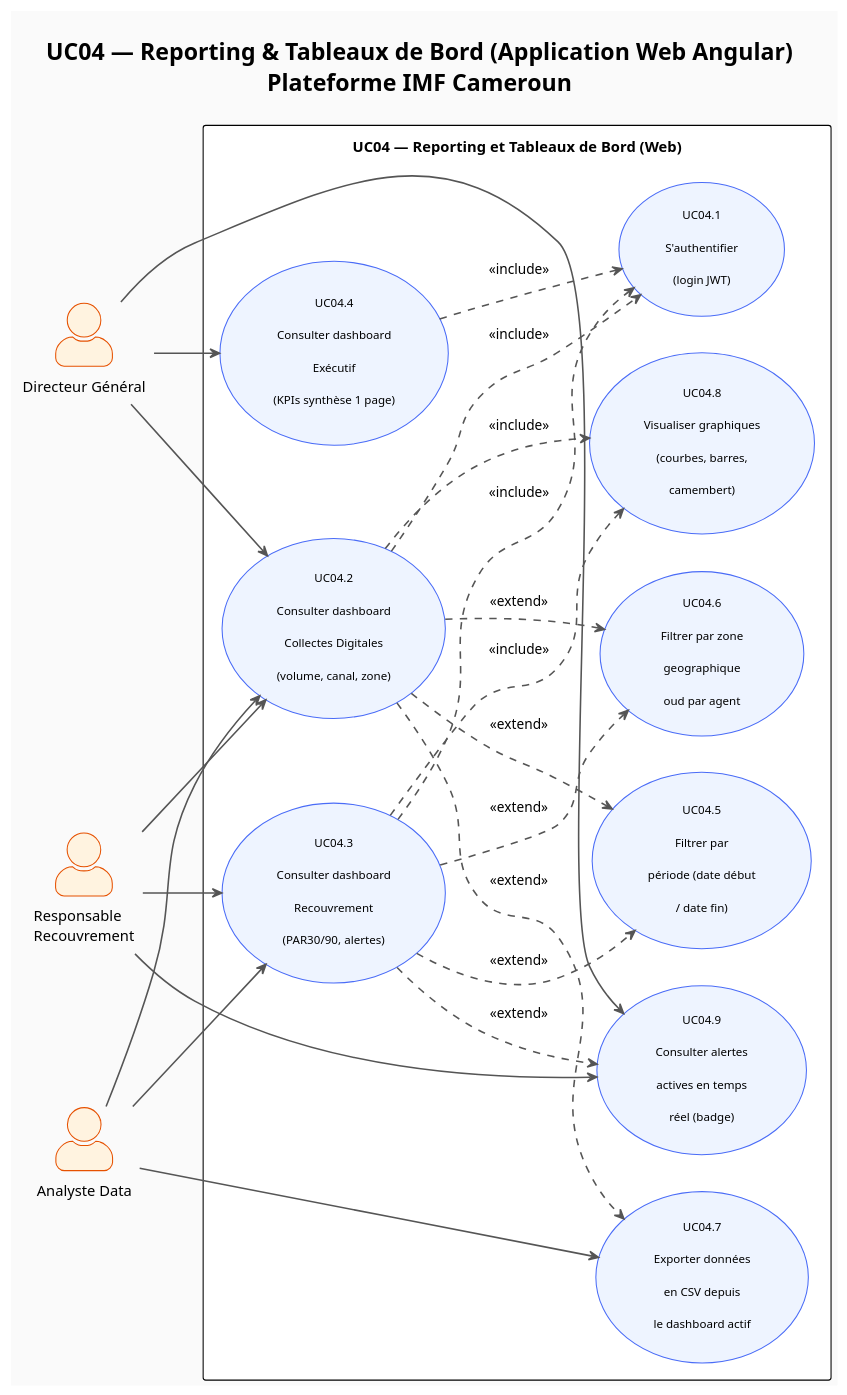
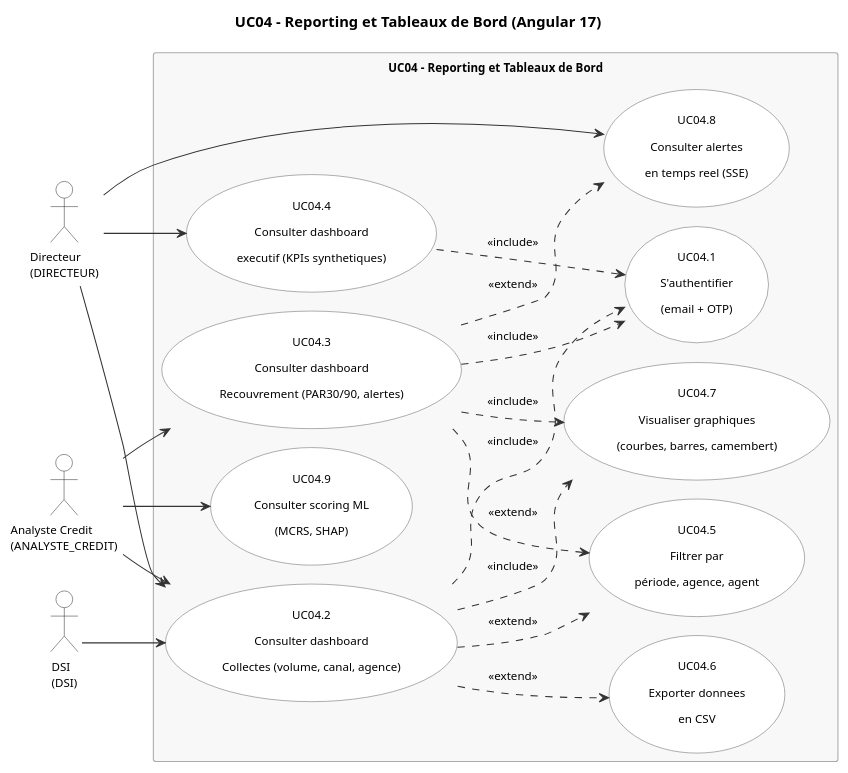
The diagram in docs/V0/diagrammes/01_use_cases/UC04_reporting_dashboards.puml (renekomtsindi237/Stage), drawn with PlantUML before and after one commit. The commit also changed 246 other files, not shown here.

```diff
--- a/docs/V0/diagrammes/01_use_cases/UC04_reporting_dashboards.puml
+++ b/docs/V0/diagrammes/01_use_cases/UC04_reporting_dashboards.puml
@@ -1,66 +1,64 @@
 @startuml UC04_reporting_dashboards
-!theme plain
-skinparam backgroundColor #FAFAFA
-skinparam actorStyle awesome
+!pragma layout smetana
+skinparam shadowing false
+skinparam defaultFontSize 11
+skinparam backgroundColor white
+skinparam ArrowColor #333333
+skinparam ArrowThickness 1
+skinparam Padding 5
+skinparam actorStyle none
 skinparam usecase {
-  BackgroundColor #EEF4FF
-  BorderColor #4A6CF7
-  FontSize 11
+  BackgroundColor white
+  BorderColor #666666
 }
 skinparam actor {
-  BackgroundColor #FFF3E0
-  BorderColor #E65100
+  BackgroundColor white
+  BorderColor #333333
 }
-skinparam ArrowColor #555555
-skinparam ArrowThickness 1.5
-skinparam Padding 8
+skinparam rectangle {
+  BackgroundColor #F8F8F8
+  BorderColor #AAAAAA
+}
 
-title UC04 — Reporting & Tableaux de Bord (Application Web Angular)\nPlateforme IMF Cameroun
+title UC04 - Reporting et Tableaux de Bord (Angular 17)
 
 left to right direction
 
-actor "Directeur Général" as DG
-actor "Responsable\nRecouvrement" as RR
-actor "Analyste Data" as AD
+actor "Directeur\n(DIRECTEUR)" as DIR
+actor "Analyste Credit\n(ANALYSTE_CREDIT)" as ANA
+actor "DSI\n(DSI)" as DSI
 
-rectangle "UC04 — Reporting et Tableaux de Bord (Web)" {
+rectangle "UC04 - Reporting et Tableaux de Bord" {
 
-  usecase "UC04.1\nS'authentifier\n(login JWT)" as UC0407
-  usecase "UC04.2\nConsulter dashboard\nCollectes Digitales\n(volume, canal, zone)" as UC0401
-  usecase "UC04.3\nConsulter dashboard\nRecouvrement\n(PAR30/90, alertes)" as UC0402
-  usecase "UC04.4\nConsulter dashboard\nExécutif\n(KPIs synthèse 1 page)" as UC0403
-  usecase "UC04.5\nFiltrer par\npériode (date début\n/ date fin)" as UC0404
-  usecase "UC04.6\nFiltrer par zone\ngeographique\noud par agent" as UC0405
-  usecase "UC04.7\nExporter données\nen CSV depuis\nle dashboard actif" as UC0406
-  usecase "UC04.8\nVisualiser graphiques\n(courbes, barres,\ncamembert)" as UC0408
-  usecase "UC04.9\nConsulter alertes\nactives en temps\nréel (badge)" as UC0409
+  usecase "UC04.1\nS'authentifier\n(email + OTP)" as UC0401
+  usecase "UC04.2\nConsulter dashboard\nCollectes (volume, canal, agence)" as UC0402
+  usecase "UC04.3\nConsulter dashboard\nRecouvrement (PAR30/90, alertes)" as UC0403
+  usecase "UC04.4\nConsulter dashboard\nexecutif (KPIs synthetiques)" as UC0404
+  usecase "UC04.5\nFiltrer par\npériode, agence, agent" as UC0405
+  usecase "UC04.6\nExporter donnees\nen CSV" as UC0406
+  usecase "UC04.7\nVisualiser graphiques\n(courbes, barres, camembert)" as UC0407
+  usecase "UC04.8\nConsulter alertes\nen temps reel (SSE)" as UC0408
+  usecase "UC04.9\nConsulter scoring ML\n(MCRS, SHAP)" as UC0409
 
 }
 
-' Relations acteurs humains
-DG --> UC0403
-DG --> UC0401
-DG --> UC0409
-RR --> UC0401
-RR --> UC0402
-RR --> UC0409
-AD --> UC0401
-AD --> UC0402
-AD --> UC0406
+DIR --> UC0404
+DIR --> UC0402
+DIR --> UC0408
+ANA --> UC0402
+ANA --> UC0403
+ANA --> UC0409
+DSI --> UC0402
 
-' Inclusions obligatoires
-UC0401 ..> UC0407 : <<include>>
+UC0402 ..> UC0401 : <<include>>
+UC0403 ..> UC0401 : <<include>>
+UC0404 ..> UC0401 : <<include>>
 UC0402 ..> UC0407 : <<include>>
 UC0403 ..> UC0407 : <<include>>
-UC0401 ..> UC0408 : <<include>>
-UC0402 ..> UC0408 : <<include>>
 
-' Extensions optionnelles
-UC0401 ..> UC0404 : <<extend>>
-UC0401 ..> UC0405 : <<extend>>
-UC0401 ..> UC0406 : <<extend>>
-UC0402 ..> UC0404 : <<extend>>
 UC0402 ..> UC0405 : <<extend>>
-UC0402 ..> UC0409 : <<extend>>
+UC0402 ..> UC0406 : <<extend>>
+UC0403 ..> UC0405 : <<extend>>
+UC0403 ..> UC0408 : <<extend>>
 
 @enduml
```
